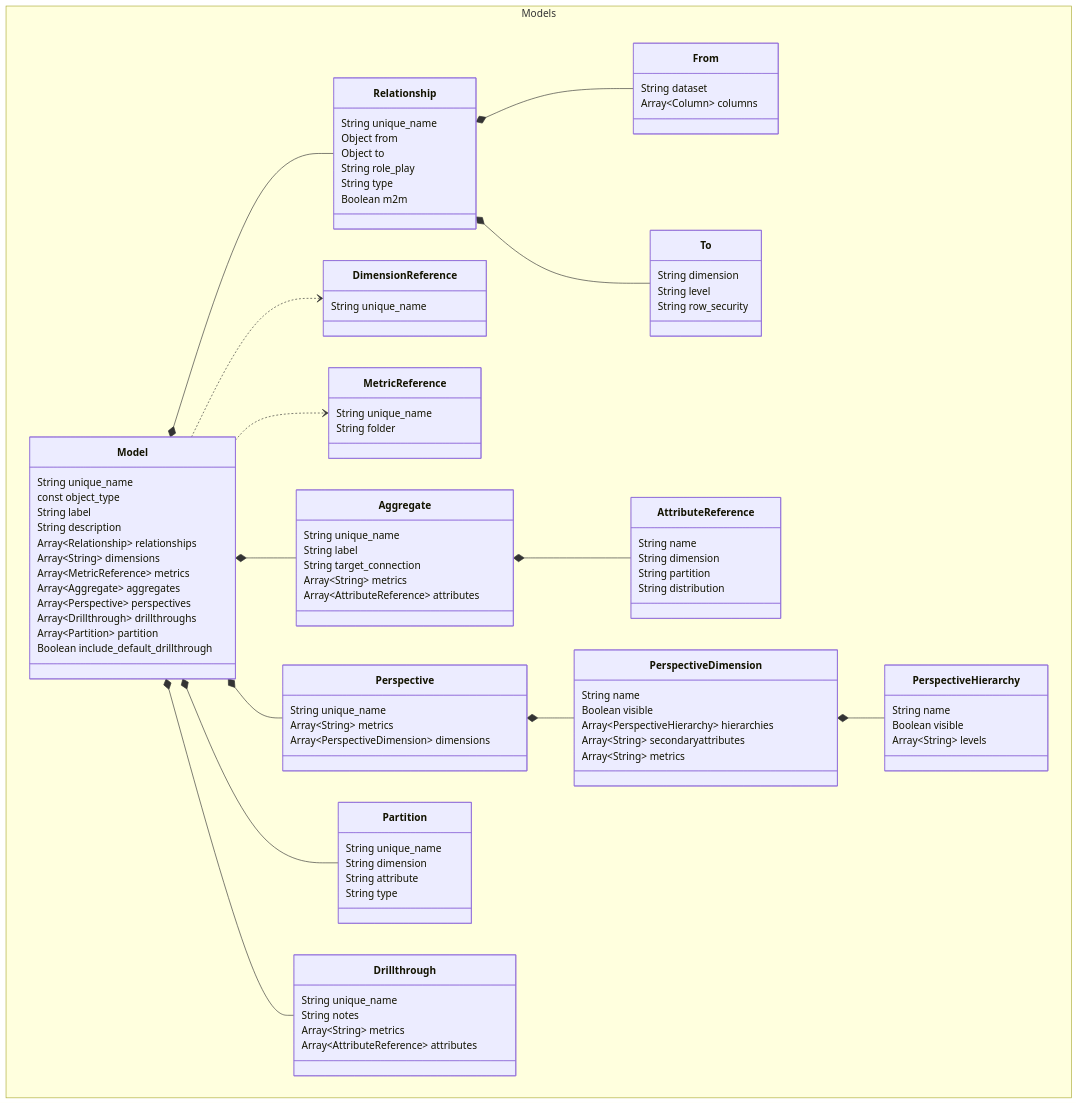
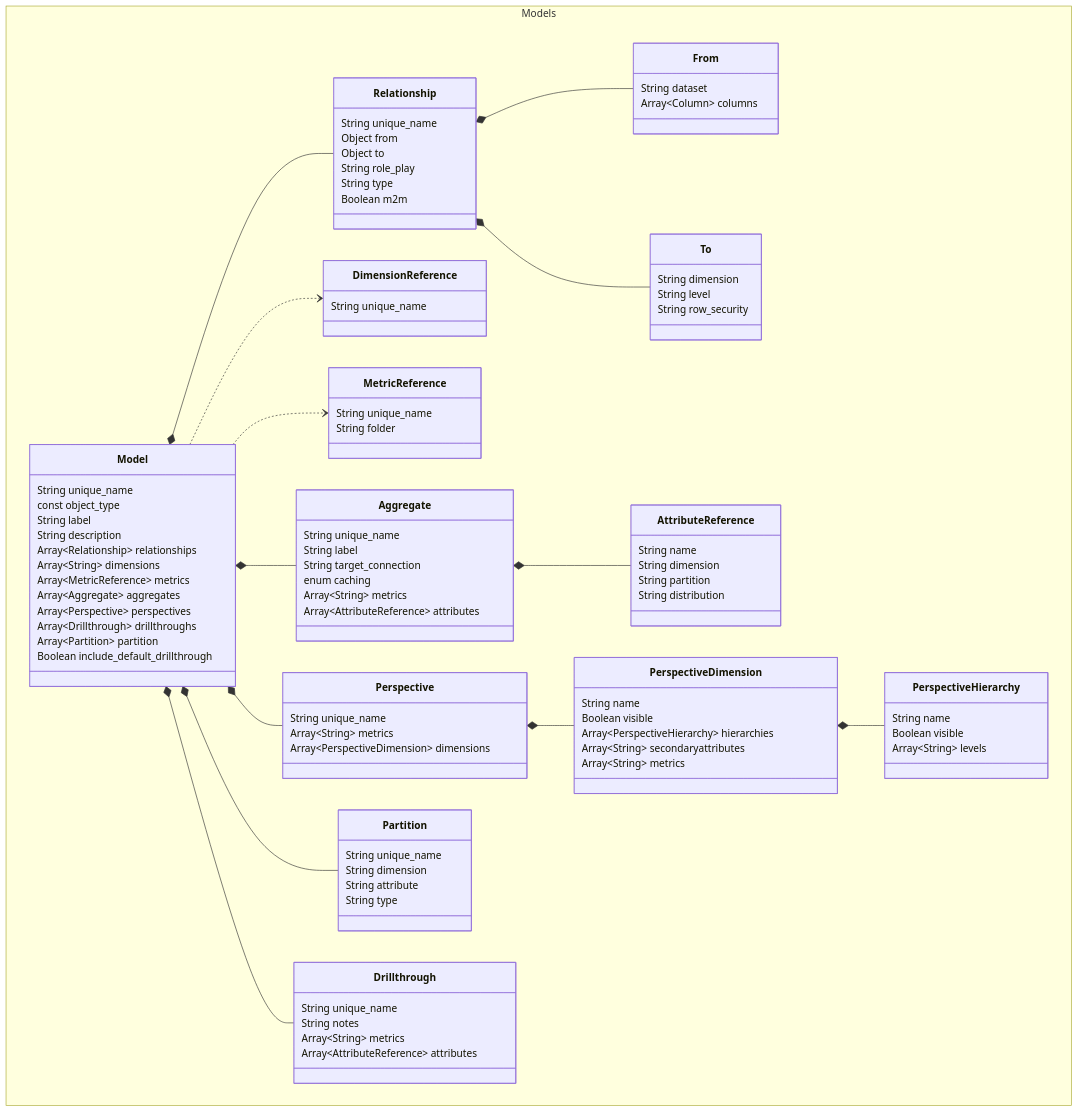
Before and after one commit to AlchemyTechLabsInc/SML: the diagram in sml-reference/models.md, drawn with Mermaid. The commit also changed other lines of this file and 1 other file, not shown here.

Commit message:
added caching option for UDAs and updated dimension calculated members

```diff
--- a/sml-reference/models.md
+++ b/sml-reference/models.md
@@ -233,6 +233,7 @@
       String unique_name
       String label
       String target_connection
+      enum caching
       Array~String~ metrics
       Array~AttributeReference~ attributes
     }
```
